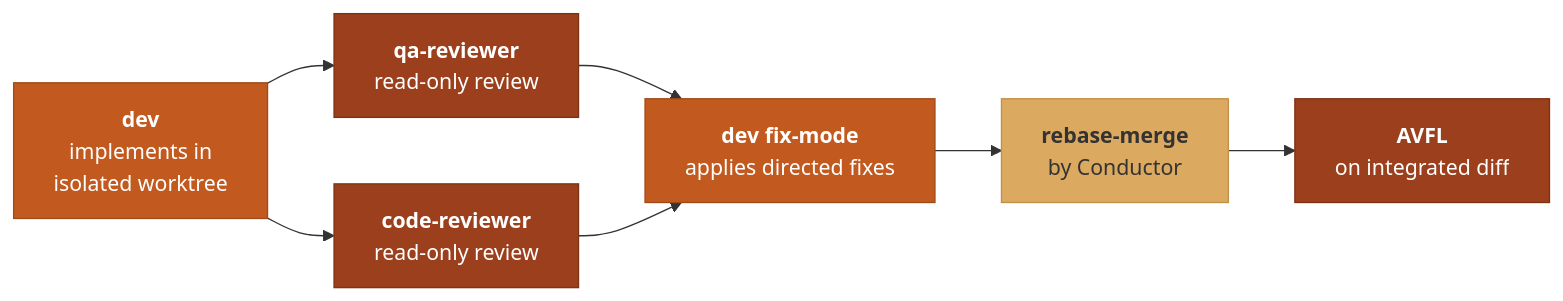
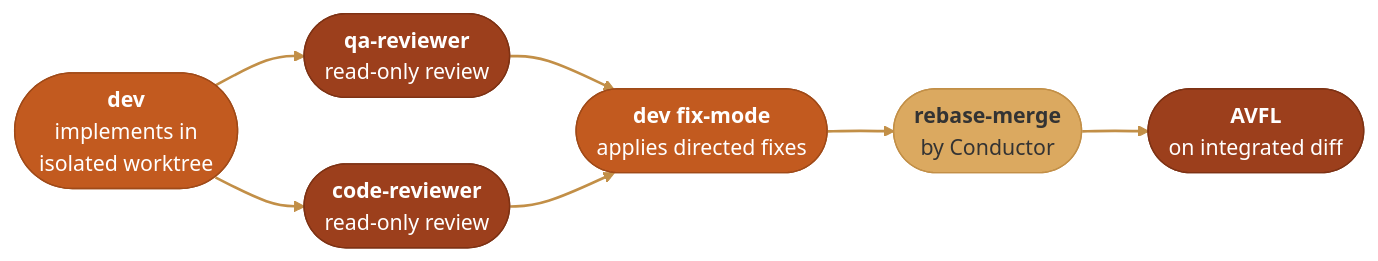
The second of 2 diagrams in README.md (iamsteveholmes/momentum), drawn with Mermaid before and after one commit. The commit also changed other lines of this file and 1 other file, not shown here.

Commit message:
feat(design): stadium-pill nodes and warm sand arrows in all Mermaid diagrams
39 nodes converted from rectangles to stadium pills across README (2
diagrams) and philosophy (4 diagrams); linkStyle default gives every
edge the warm sand #C28F47 instead of default gray.

````diff
--- a/README.md
+++ b/README.md
@@ -129,20 +130,21 @@
 ```mermaid
 graph LR
-    D["<b>dev</b><br/>implements in<br/>isolated worktree"]
-    QA["<b>qa-reviewer</b><br/>read-only review"]
-    CR["<b>code-reviewer</b><br/>read-only review"]
-    F["<b>dev fix-mode</b><br/>applies directed fixes"]
-    M["<b>rebase-merge</b><br/>by Conductor"]
-    A["<b>AVFL</b><br/>on integrated diff"]
+    D(["<b>dev</b><br/>implements in<br/>isolated worktree"])
+    QA(["<b>qa-reviewer</b><br/>read-only review"])
+    CR(["<b>code-reviewer</b><br/>read-only review"])
+    F(["<b>dev fix-mode</b><br/>applies directed fixes"])
+    M(["<b>rebase-merge</b><br/>by Conductor"])
+    A(["<b>AVFL</b><br/>on integrated diff"])
 
     D --> QA --> F
     D --> CR --> F
     F --> M --> A
 
     style D fill:#C25A1F,stroke:#A04A18,color:#fff
     style QA fill:#9C3F1C,stroke:#7E3214,color:#fff
     style CR fill:#9C3F1C,stroke:#7E3214,color:#fff
     style F fill:#C25A1F,stroke:#A04A18,color:#fff
     style M fill:#DBA960,stroke:#C28F47,color:#333
     style A fill:#9C3F1C,stroke:#7E3214,color:#fff
+    linkStyle default stroke:#C28F47,stroke-width:2px
 ```
````
